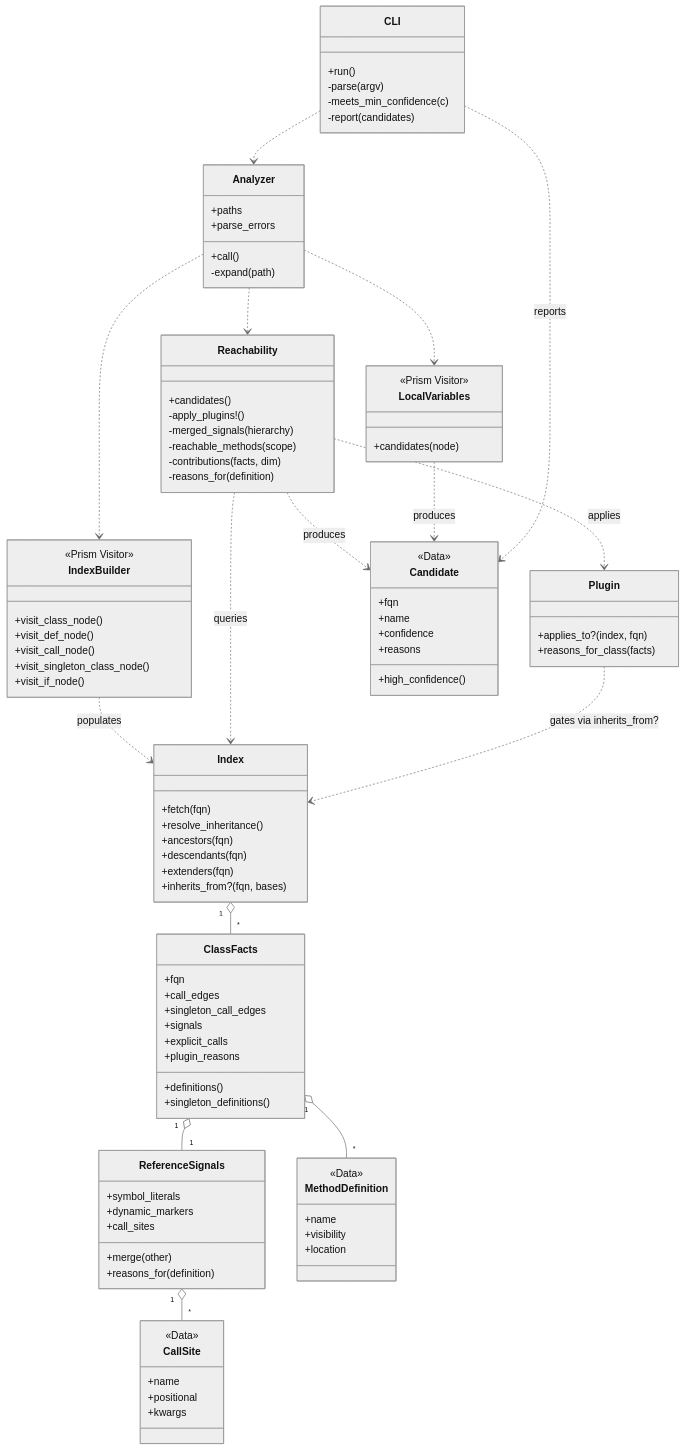
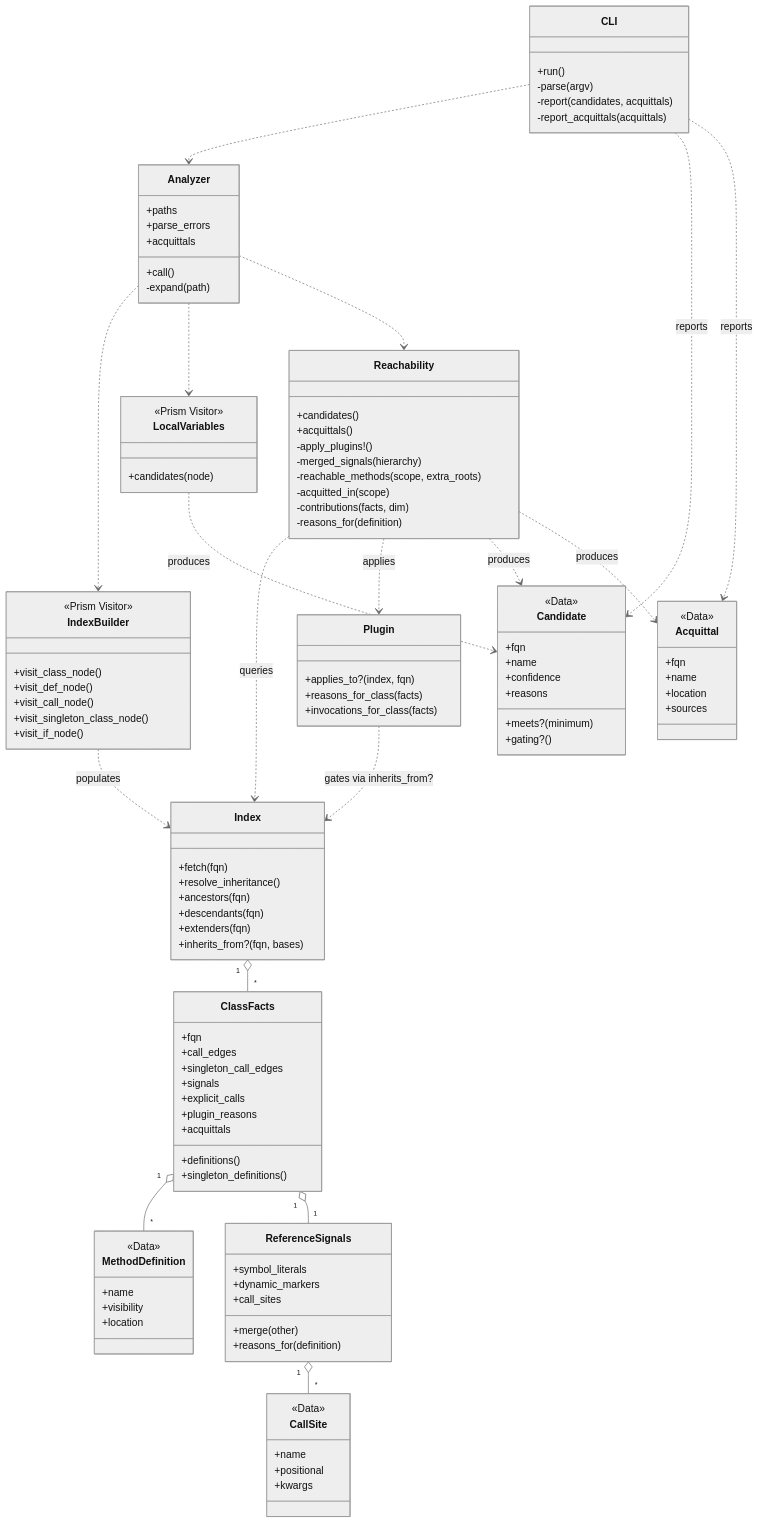
Before and after one commit to joelbiffin/thanatos: the second of 2 diagrams in docs/architecture.md, drawn with Mermaid (neutral theme). The commit also changed other lines of this file and 4 other files, not shown here.

````diff
--- a/docs/architecture.md
+++ b/docs/architecture.md
@@ -78,12 +78,13 @@
     class CLI {
         +run()
         -parse(argv)
-        -meets_min_confidence(c)
-        -report(candidates)
+        -report(candidates, acquittals)
+        -report_acquittals(acquittals)
     }
     class Analyzer {
         +paths
         +parse_errors
+        +acquittals
         +call()
         -expand(path)
     }
@@ -114,6 +115,7 @@
         +signals
         +explicit_calls
         +plugin_reasons
+        +acquittals
         +definitions()
         +singleton_definitions()
     }
@@ -133,12 +135,15 @@
     class Plugin {
         +applies_to?(index, fqn)
         +reasons_for_class(facts)
+        +invocations_for_class(facts)
     }
     class Reachability {
         +candidates()
+        +acquittals()
         -apply_plugins!()
         -merged_signals(hierarchy)
-        -reachable_methods(scope)
+        -reachable_methods(scope, extra_roots)
+        -acquitted_in(scope)
         -contributions(facts, dim)
         -reasons_for(definition)
     }
@@ -154,7 +159,15 @@
         +name
         +confidence
         +reasons
-        +high_confidence()
+        +meets?(minimum)
+        +gating?()
+    }
+    class Acquittal {
+        <<Data>>
+        +fqn
+        +name
+        +location
+        +sources
     }
 
     CLI ..> Analyzer
@@ -170,6 +183,8 @@
     Reachability ..> Plugin : applies
     Plugin ..> Index : gates via inherits_from?
     Reachability ..> Candidate : produces
+    Reachability ..> Acquittal : produces
     LocalVariables ..> Candidate : produces
     CLI ..> Candidate : reports
+    CLI ..> Acquittal : reports
 ```
````
